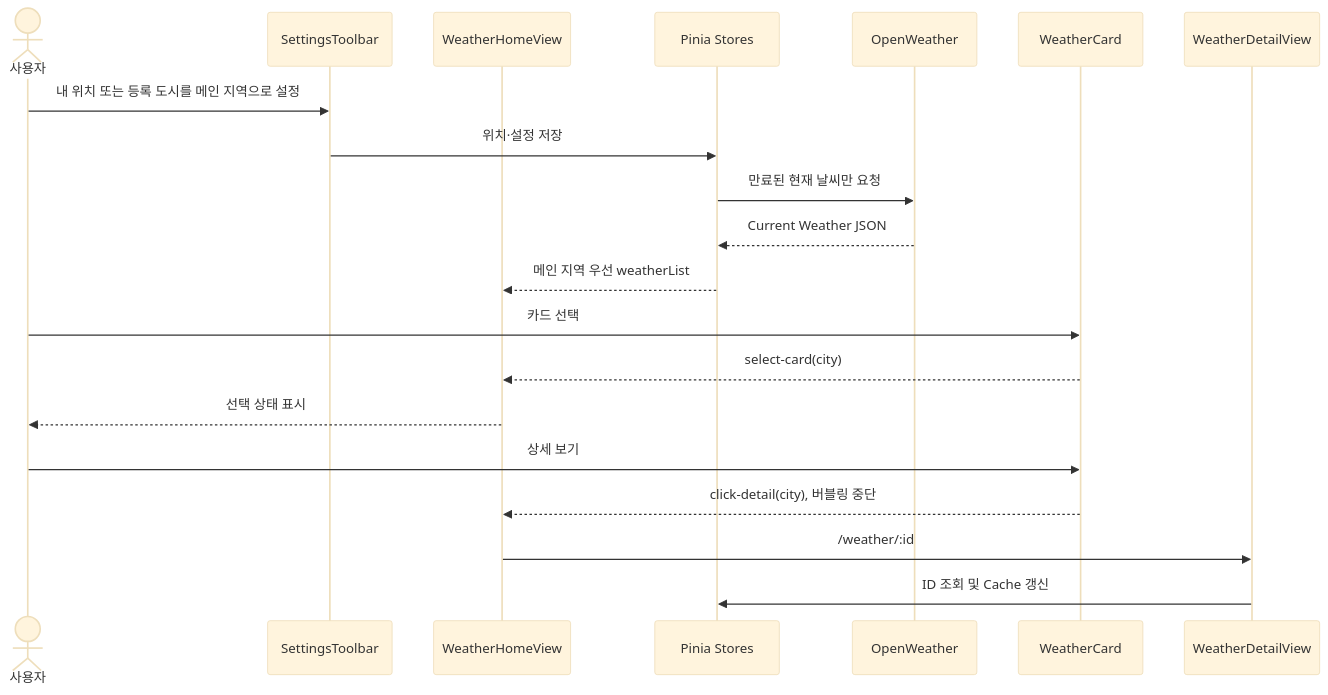
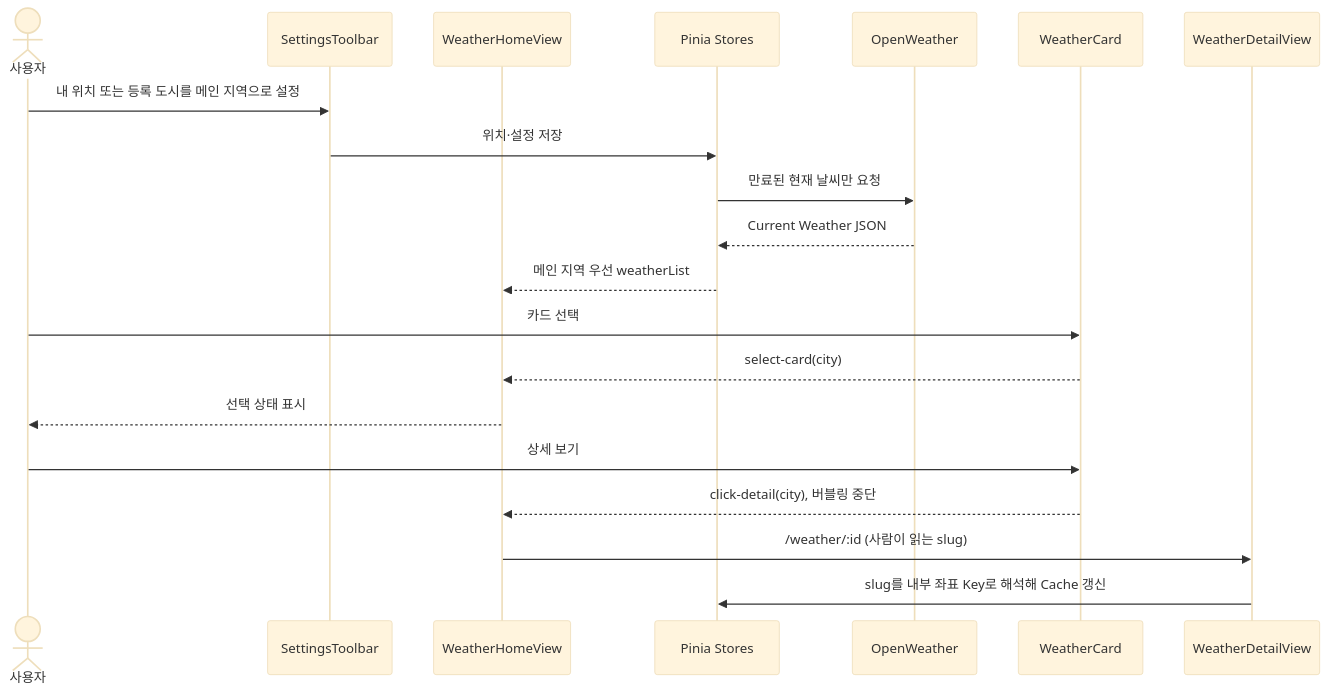
The second of 2 diagrams in requirements/ia.md (seungminoh-dev/skala-vue), drawn with Mermaid (base theme) before and after one commit. The commit also changed other lines of this file and 17 other files, not shown here.

````diff
--- a/requirements/ia.md
+++ b/requirements/ia.md
@@ -135,23 +137,23 @@
 ```mermaid
 sequenceDiagram
   actor User as 사용자
   participant Toolbar as SettingsToolbar
   participant Home as WeatherHomeView
   participant Store as Pinia Stores
   participant API as OpenWeather
   participant Card as WeatherCard
   participant Detail as WeatherDetailView
 
   User->>Toolbar: 내 위치 또는 등록 도시를 메인 지역으로 설정
   Toolbar->>Store: 위치·설정 저장
   Store->>API: 만료된 현재 날씨만 요청
   API-->>Store: Current Weather JSON
   Store-->>Home: 메인 지역 우선 weatherList
   User->>Card: 카드 선택
   Card-->>Home: select-card(city)
   Home-->>User: 선택 상태 표시
   User->>Card: 상세 보기
   Card-->>Home: click-detail(city), 버블링 중단
-  Home->>Detail: /weather/:id
-  Detail->>Store: ID 조회 및 Cache 갱신
+  Home->>Detail: /weather/:id (사람이 읽는 slug)
+  Detail->>Store: slug를 내부 좌표 Key로 해석해 Cache 갱신
 ```
````
